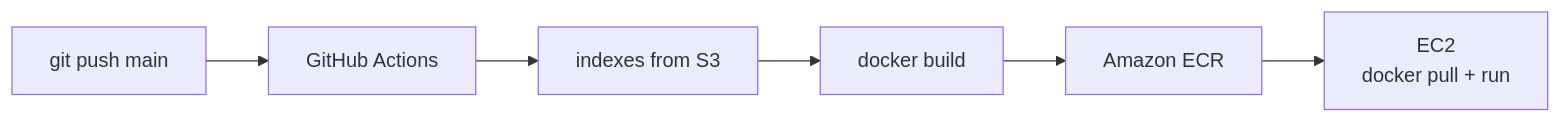
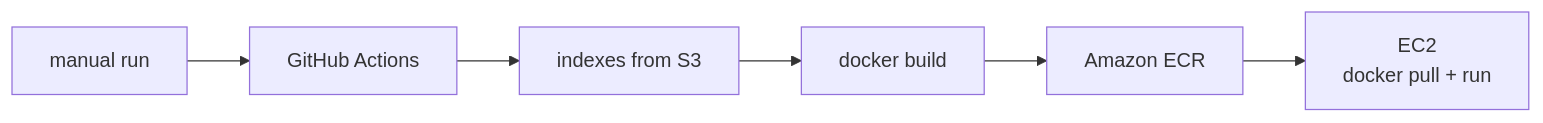
The second of 2 diagrams in README.md (hmz8elf/AWS-RAG), drawn with Mermaid before and after one commit. The commit also changed other lines of this file, not shown here.

First line of the commit message:
README: CI badge, deployment status, local index build and run

````diff
--- a/README.md
+++ b/README.md
@@ -182,4 +212,4 @@
 ```mermaid
 flowchart LR
-    A["git push main"] --> B["GitHub Actions"] --> S["indexes from S3"] --> C["docker build"] --> D["Amazon ECR"] --> E["EC2<br/>docker pull + run"]
+    A["manual run"] --> B["GitHub Actions"] --> S["indexes from S3"] --> C["docker build"] --> D["Amazon ECR"] --> E["EC2<br/>docker pull + run"]
 ```
````
